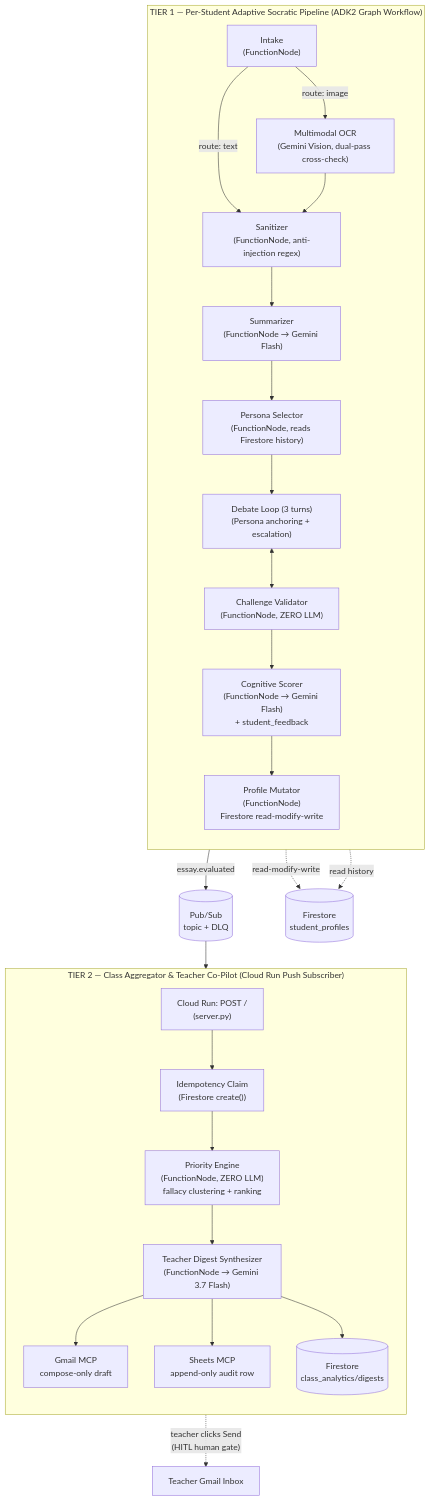
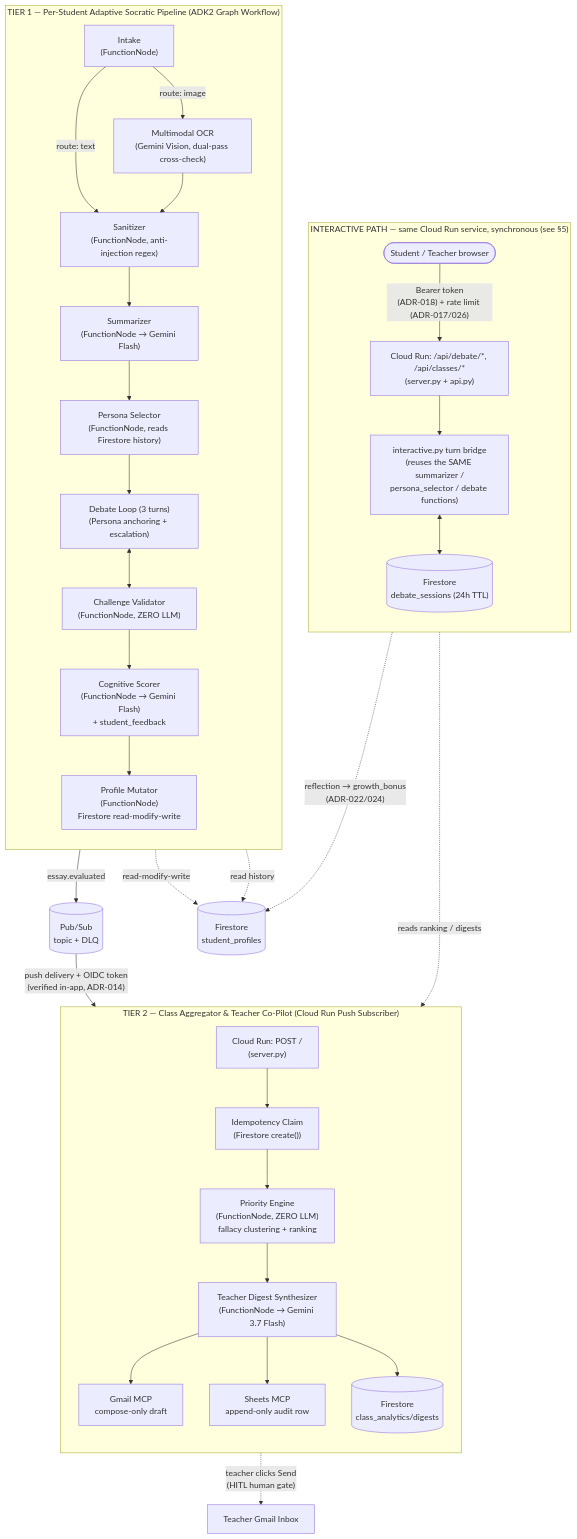
One commit to francisnguyenanh/EduAgent changed the diagram in README.md. Above: the diagram before and after it, drawn with Mermaid. The commit also changed other lines of this file and 9 other files, not shown here.

````diff
--- a/README.md
+++ b/README.md
@@ -90,32 +90,42 @@
 ```mermaid
 flowchart TD
     subgraph T1["TIER 1 — Per-Student Adaptive Socratic Pipeline (ADK2 Graph Workflow)"]
         direction TB
         IN["Intake\n(FunctionNode)"] -->|route: image| OCR["Multimodal OCR\n(Gemini Vision, dual-pass cross-check)"]
         IN -->|route: text| SAN["Sanitizer\n(FunctionNode, anti-injection regex)"]
         OCR --> SAN
         SAN --> SUM["Summarizer\n(FunctionNode → Gemini Flash)"]
         SUM --> PS["Persona Selector\n(FunctionNode, reads Firestore history)"]
         PS --> DEBATE["Debate Loop (3 turns)\n(Persona anchoring + escalation)"]
         DEBATE <--> VAL["Challenge Validator\n(FunctionNode, ZERO LLM)"]
         VAL --> SCORE["Cognitive Scorer\n(FunctionNode → Gemini Flash)\n+ student_feedback"]
         SCORE --> MUT["Profile Mutator\n(FunctionNode)\nFirestore read-modify-write"]
     end
 
     MUT -->|"essay.evaluated"| PUBSUB[("Pub/Sub\ntopic + DLQ")]
 
     subgraph T2["TIER 2 — Class Aggregator & Teacher Co-Pilot (Cloud Run Push Subscriber)"]
         direction TB
         SUB["Cloud Run: POST /\n(server.py)"] --> IDEM["Idempotency Claim\n(Firestore create())"]
         IDEM --> RANK["Priority Engine\n(FunctionNode, ZERO LLM)\nfallacy clustering + ranking"]
         RANK --> DIGEST["Teacher Digest Synthesizer\n(FunctionNode → Gemini 3.7 Flash)"]
         DIGEST --> GMAIL["Gmail MCP\ncompose-only draft"]
         DIGEST --> SHEETS["Sheets MCP\nappend-only audit row"]
         DIGEST --> ANALYTICS[("Firestore\nclass_analytics/digests")]
     end
 
-    PUBSUB --> SUB
+    PUBSUB -->|"push delivery + OIDC token\n(verified in-app, ADR-014)"| SUB
+
+    subgraph WEB["INTERACTIVE PATH — same Cloud Run service, synchronous (see §5)"]
+        direction TB
+        JUDGE(["Student / Teacher browser"]) -->|"Bearer token\n(ADR-018) + rate limit (ADR-017/026)"| API["Cloud Run: /api/debate/*, /api/classes/*\n(server.py + api.py)"]
+        API --> BRIDGE["interactive.py turn bridge\n(reuses the SAME summarizer /\npersona_selector / debate functions)"]
+        BRIDGE <--> SESSIONS[("Firestore\ndebate_sessions (24h TTL)")]
+    end
+
+    BRIDGE -.->|"reflection → growth_bonus\n(ADR-022/024)"| PROFILES
     MUT -.->|"read-modify-write"| PROFILES[("Firestore\nstudent_profiles")]
     PS -.->|"read history"| PROFILES
+    API -.->|"reads ranking / digests"| ANALYTICS
     GMAIL -.->|"teacher clicks Send\n(HITL human gate)"| TEACHER["Teacher Gmail Inbox"]
 ```
````
